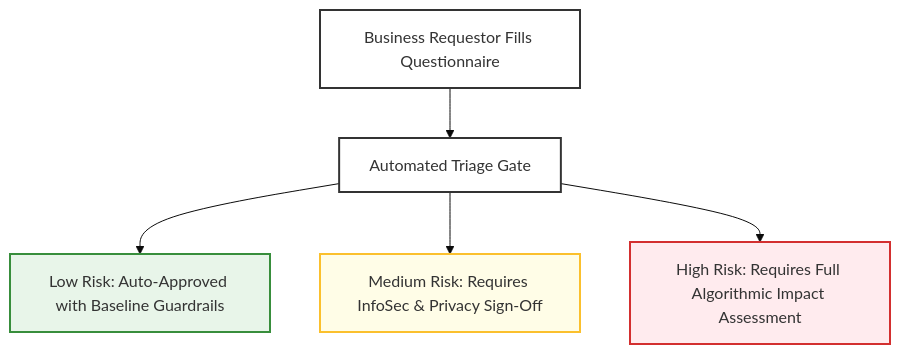
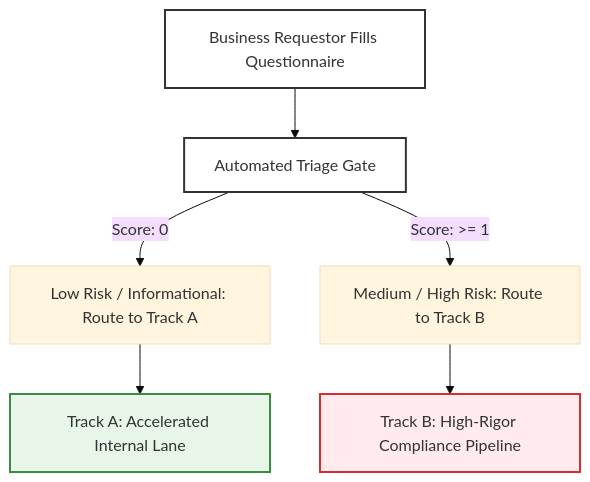
Before and after one commit to RajatSharma-AIGovernance/ai-governance-portfolio: the diagram in 4-operational-toolkits/Supporting-Utilities/4.1-ai-system-intake-template.md, drawn with Mermaid (base theme). The commit also changed other lines of this file, not shown here.

````diff
--- a/4-operational-toolkits/Supporting-Utilities/4.1-ai-system-intake-template.md
+++ b/4-operational-toolkits/Supporting-Utilities/4.1-ai-system-intake-template.md
@@ -21,12 +21,14 @@
 ```mermaid
 graph TD
     A[Business Requestor Fills Questionnaire] --> B[Automated Triage Gate]
-    B --> C[Low Risk: Auto-Approved with Baseline Guardrails]
-    B --> D[Medium Risk: Requires InfoSec & Privacy Sign-Off]
-    B --> E[High Risk: Requires Full Algorithmic Impact Assessment]
+    B -->|Score: 0 | C[Low Risk / Informational: Route to Track A]
+    B -->|Score: >= 1| D[Medium / High Risk: Route to Track B]
+    
+    C --> E[Track A: Accelerated Internal Lane]
+    D --> F[Track B: High-Rigor Compliance Pipeline]
+    
     style A fill:#fff,stroke:#333,stroke-width:2px
     style B fill:#fff,stroke:#333,stroke-width:2px
-    style C fill:#e8f5e9,stroke:#388e3c,stroke-width:2px
-    style D fill:#fffde7,stroke:#fbc02d,stroke-width:2px
-    style E fill:#ffebee,stroke:#d32f2f,stroke-width:2px
+    style E fill:#e8f5e9,stroke:#388e3c,stroke-width:2px
+    style F fill:#ffebee,stroke:#d32f2f,stroke-width:2px
 ```
````
